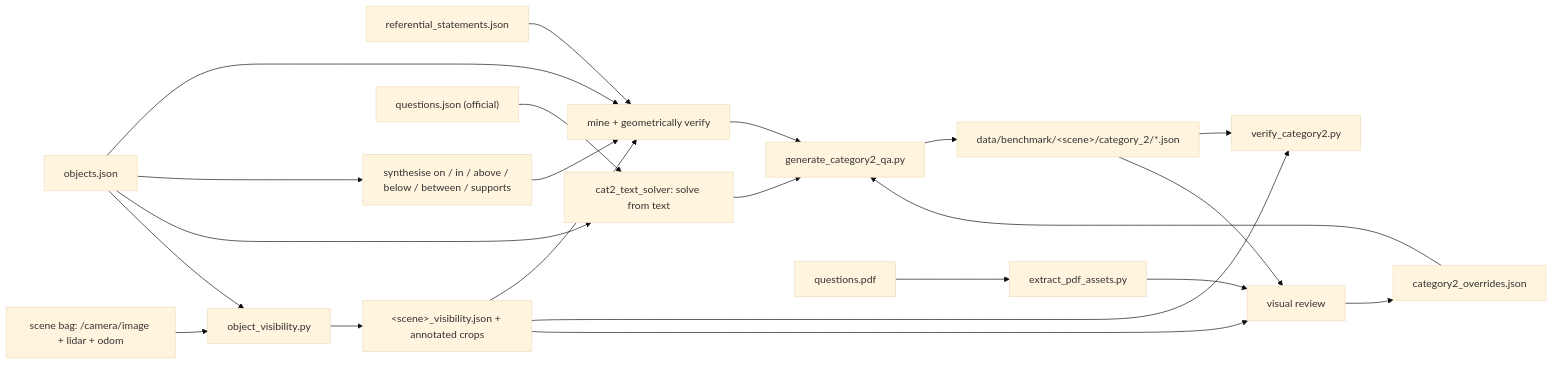
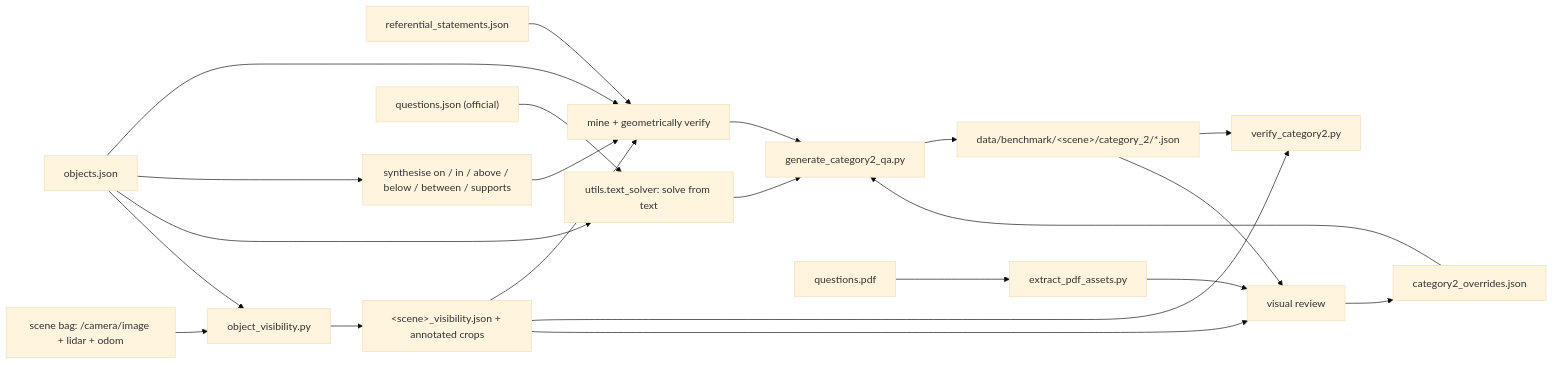
The diagram in docs/cat2_benchmark.md (SaiSugunSegu/cmu-vln-2026), drawn with Mermaid (base theme) before and after one commit. The commit also changed other lines of this file and 28 other files, not shown here.

````diff
--- a/docs/cat2_benchmark.md
+++ b/docs/cat2_benchmark.md
@@ -35,21 +35,21 @@
 ```mermaid
 flowchart LR
   Ref["referential_statements.json"] --> Mine["mine + geometrically verify"]
   Objs["objects.json"] --> Mine
   Objs --> Synth["synthesise on / in / above / below / between / supports"] --> Mine
-  Objs --> Solve["cat2_text_solver: solve from text"]
+  Objs --> Solve["utils.text_solver: solve from text"]
   Off["questions.json (official)"] --> Solve
   Bag["scene bag: /camera/image + lidar + odom"] --> Vis["object_visibility.py"]
   Objs --> Vis
   Vis --> Rep["&lt;scene&gt;_visibility.json + annotated crops"]
   Rep --> Mine
   Mine --> Gen["generate_category2_qa.py"]
   Solve --> Gen
   Ovr["category2_overrides.json"] --> Gen
   Gen --> QA["data/benchmark/&lt;scene&gt;/category_2/*.json"]
   QA --> Verify["verify_category2.py"]
   Rep --> Verify
   PDF["questions.pdf"] --> Assets["extract_pdf_assets.py"] --> Review["visual review"] --> Ovr
   QA --> Review
   Rep --> Review
 ```
````
